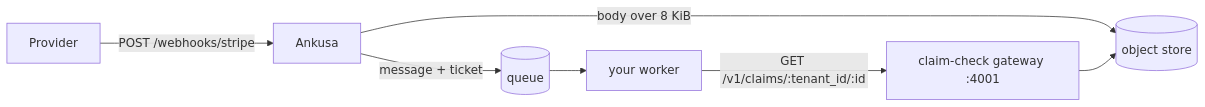
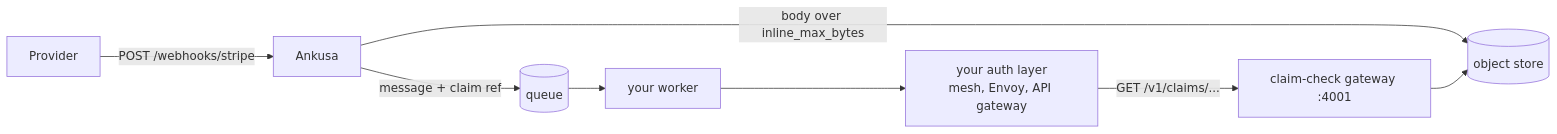
One commit to jamescarr/ankusa changed the diagram in docs/claim-check.md. Above: the diagram before and after it, drawn with Mermaid. The commit also changed other lines of this file and 67 other files, not shown here.

````diff
--- a/docs/claim-check.md
+++ b/docs/claim-check.md
@@ -12,9 +10,10 @@
 ```mermaid
 flowchart LR
     P[Provider] -->|POST /webhooks/stripe| A[Ankusa]
-    A -->|body over 8 KiB| S[(object store)]
-    A -->|message + ticket| Q[(queue)]
+    A -->|body over inline_max_bytes| S[(object store)]
+    A -->|message + claim ref| Q[(queue)]
     Q --> W[your worker]
-    W -->|GET /v1/claims/:tenant_id/:id| G[claim-check gateway :4001]
+    W --> F[your auth layer<br/>mesh, Envoy, API gateway]
+    F -->|GET /v1/claims/...| G[claim-check gateway :4001]
     G --> S
 ```
````
